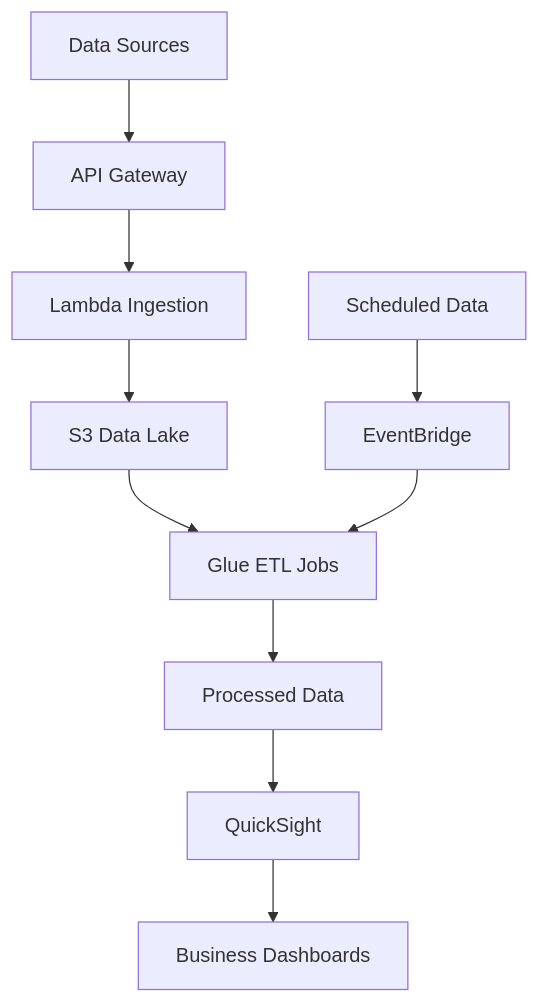
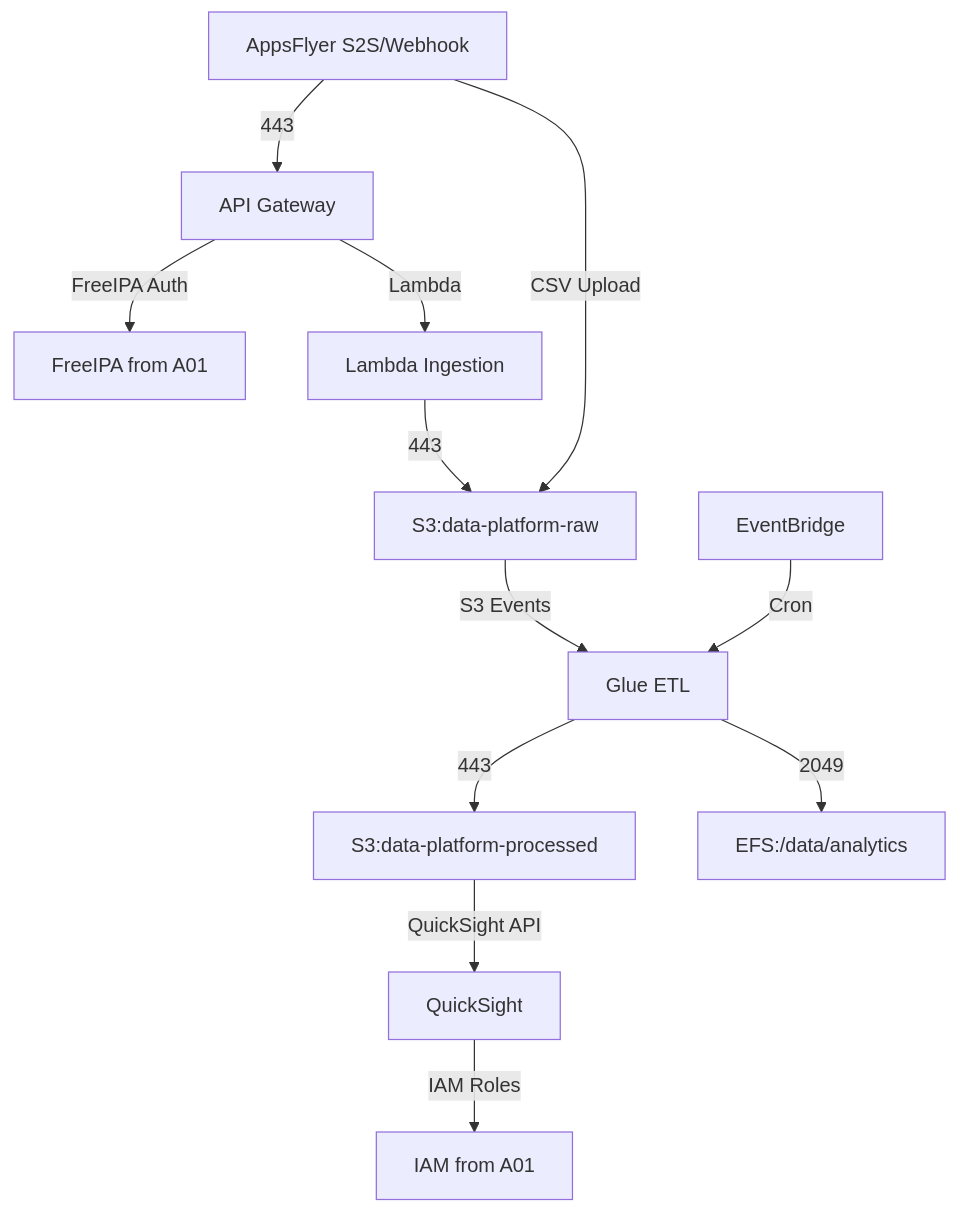
The diagram in docusaurus_stub/docs/report_a06.md (ngohongthong1832004/interview-DE), drawn with Mermaid before and after one commit. The commit also changed other lines of this file and 8 other files, not shown here.

````diff
--- a/docusaurus_stub/docs/report_a06.md
+++ b/docusaurus_stub/docs/report_a06.md
@@ -71,13 +70,14 @@
   ```mermaid
   graph TD
-    A[Data Sources] --> B[API Gateway]
-    B --> C[Lambda Ingestion]
-    C --> D[S3 Data Lake]
-    D --> E[Glue ETL Jobs]
-    E --> F[Processed Data]
-    F --> G[QuickSight]
-    G --> H[Business Dashboards]
-    
-    I[Scheduled Data] --> J[EventBridge]
-    J --> E
+    A[AppsFlyer S2S/Webhook] -->|443| B[API Gateway]
+    A -->|CSV Upload| C[S3:data-platform-raw]
+    B -->|FreeIPA Auth| D[FreeIPA from A01]
+    B -->|Lambda| E[Lambda Ingestion]
+    E -->|443| C
+    C -->|S3 Events| F[Glue ETL]
+    F -->|443| G[S3:data-platform-processed]
+    G -->|QuickSight API| H[QuickSight]
+    H -->|IAM Roles| I[IAM from A01]
+    F -->|2049| J[EFS:/data/analytics]
+    K[EventBridge] -->|Cron| F
   ```
````
